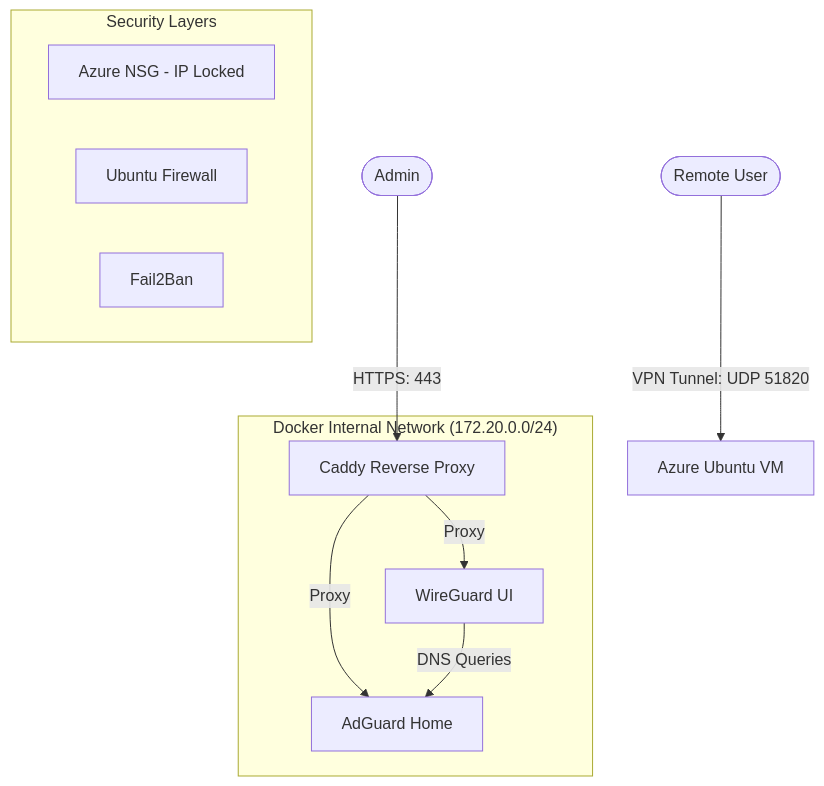
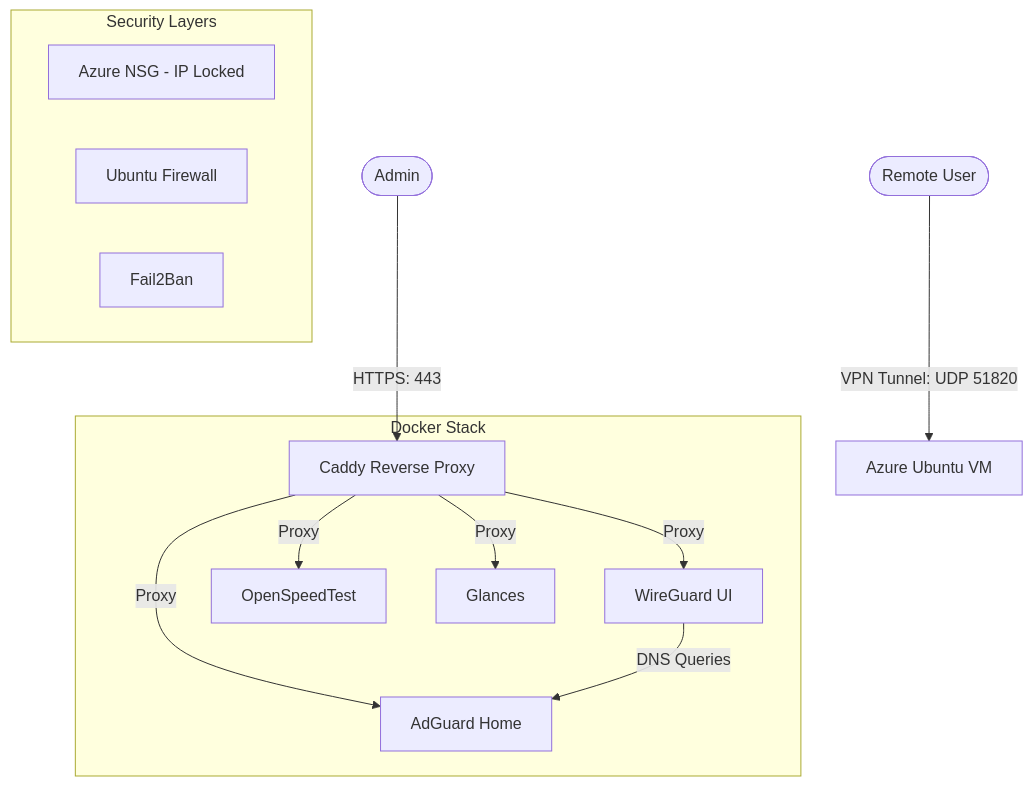
The diagram in README.md (gokaycagri/WireGuard-Adguard-Home), drawn with Mermaid before and after one commit. The commit also changed other lines of this file and 9 other files, not shown here.

Commit message:
Release: Ultimate Edition - Added OpenSpeedTest, Glances, Production SSL, and updated docs

````diff
--- a/README.md
+++ b/README.md
@@ -29,17 +29,19 @@
 ```mermaid
 graph TD
     User([Remote User]) -- VPN Tunnel: UDP 51820 --> VM[Azure Ubuntu VM]
     Admin([Admin]) -- HTTPS: 443 --> Caddy[Caddy Reverse Proxy]
     
-    subgraph "Docker Internal Network (172.20.0.0/24)"
+    subgraph "Docker Stack"
         Caddy -- Proxy --> WG[WireGuard UI]
         Caddy -- Proxy --> AG[AdGuard Home]
+        Caddy -- Proxy --> ST[OpenSpeedTest]
+        Caddy -- Proxy --> GL[Glances]
         WG -- DNS Queries --> AG
     end
     
     subgraph "Security Layers"
         FW[Azure NSG - IP Locked]
         UFW[Ubuntu Firewall]
         F2B[Fail2Ban]
     end
 ```
````
